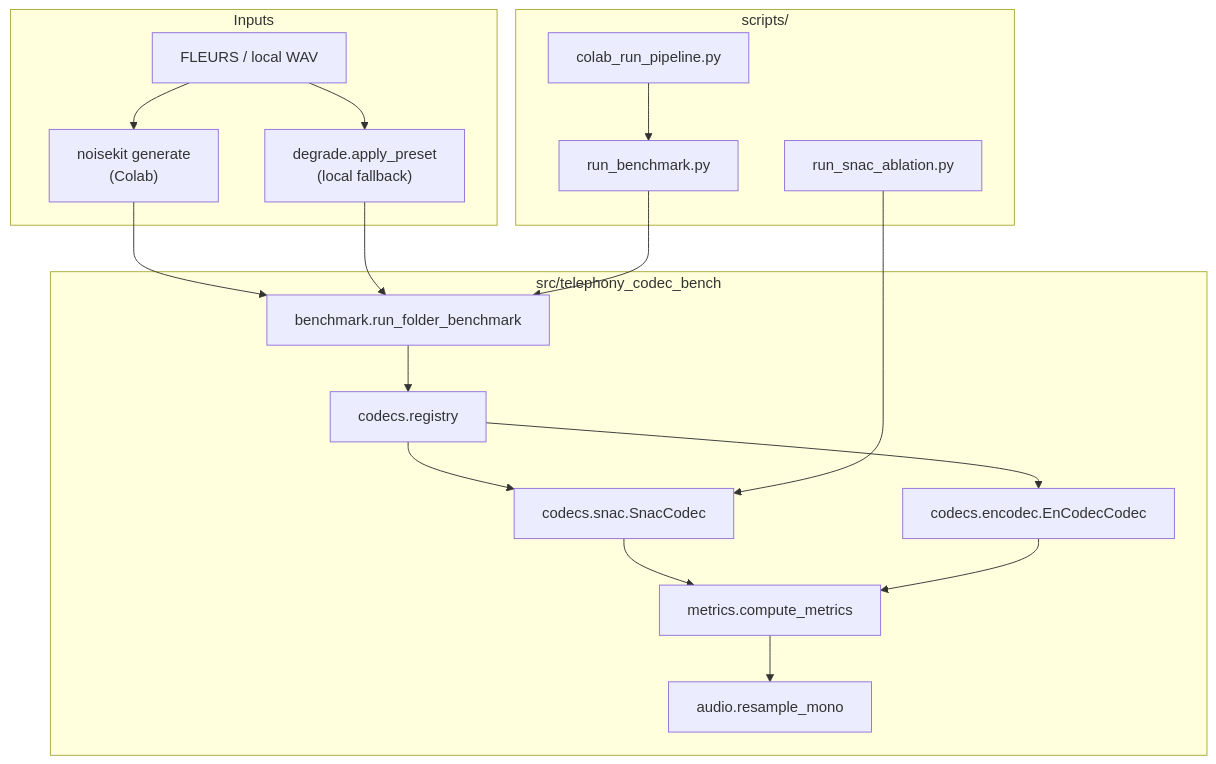
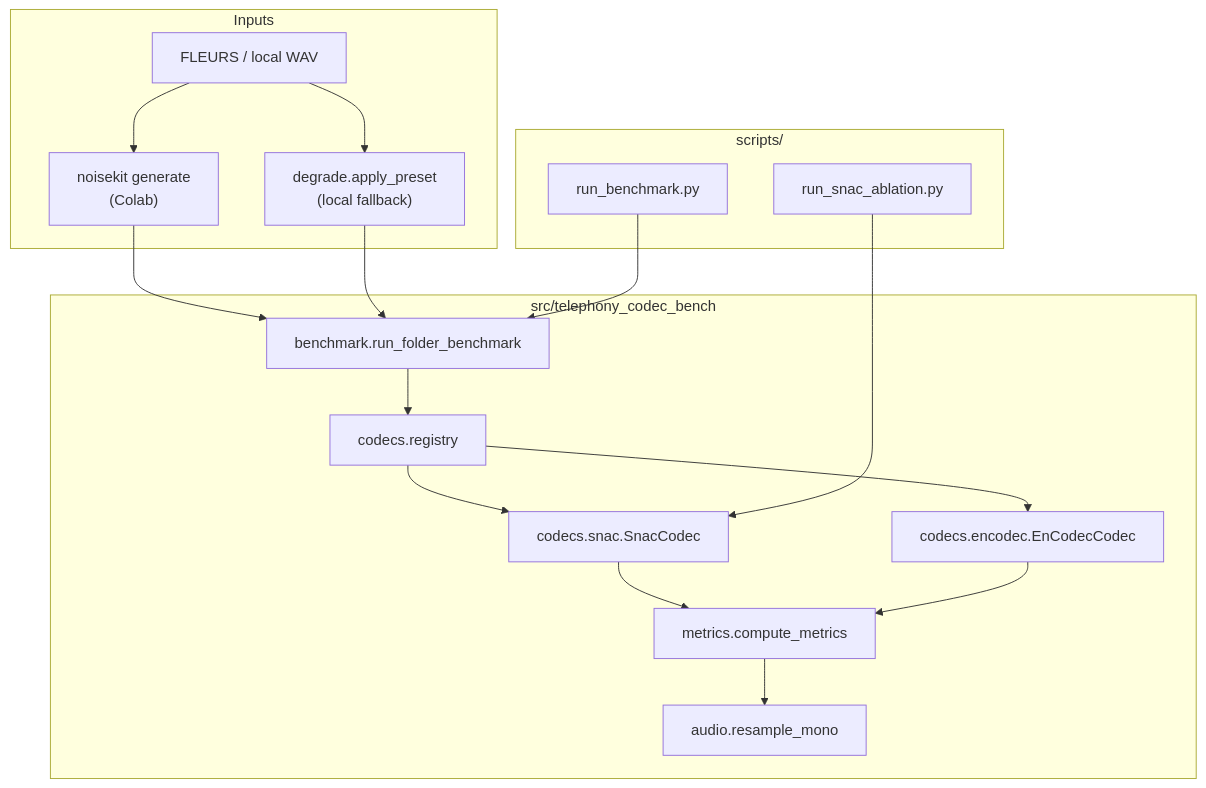
One commit to ST-48-1240162/telephony-codec-bench changed the diagram in docs/PROJECT.md. Above: the diagram before and after it, drawn with Mermaid. The commit also changed other lines of this file and 7 other files, not shown here.

````diff
--- a/docs/PROJECT.md
+++ b/docs/PROJECT.md
@@ -27,35 +27,33 @@
 ```mermaid
 flowchart TB
     subgraph inputs ["Inputs"]
         FLEURS["FLEURS / local WAV"]
         NK["noisekit generate<br/>(Colab)"]
         DEG["degrade.apply_preset<br/>(local fallback)"]
     end
 
     subgraph core ["src/telephony_codec_bench"]
         BENCH["benchmark.run_folder_benchmark"]
         REG["codecs.registry"]
         SNAC["codecs.snac.SnacCodec"]
         ENC["codecs.encodec.EnCodecCodec"]
         MET["metrics.compute_metrics"]
         AUD["audio.resample_mono"]
     end
 
     subgraph drivers ["scripts/"]
         RUN["run_benchmark.py"]
-        PIPE["colab_run_pipeline.py"]
         ABL["run_snac_ablation.py"]
     end
 
     FLEURS --> NK
     FLEURS --> DEG
     NK --> BENCH
     DEG --> BENCH
     BENCH --> REG
     REG --> SNAC & ENC
     SNAC & ENC --> MET
     MET --> AUD
     RUN --> BENCH
-    PIPE --> RUN
     ABL --> SNAC
 ```
````
